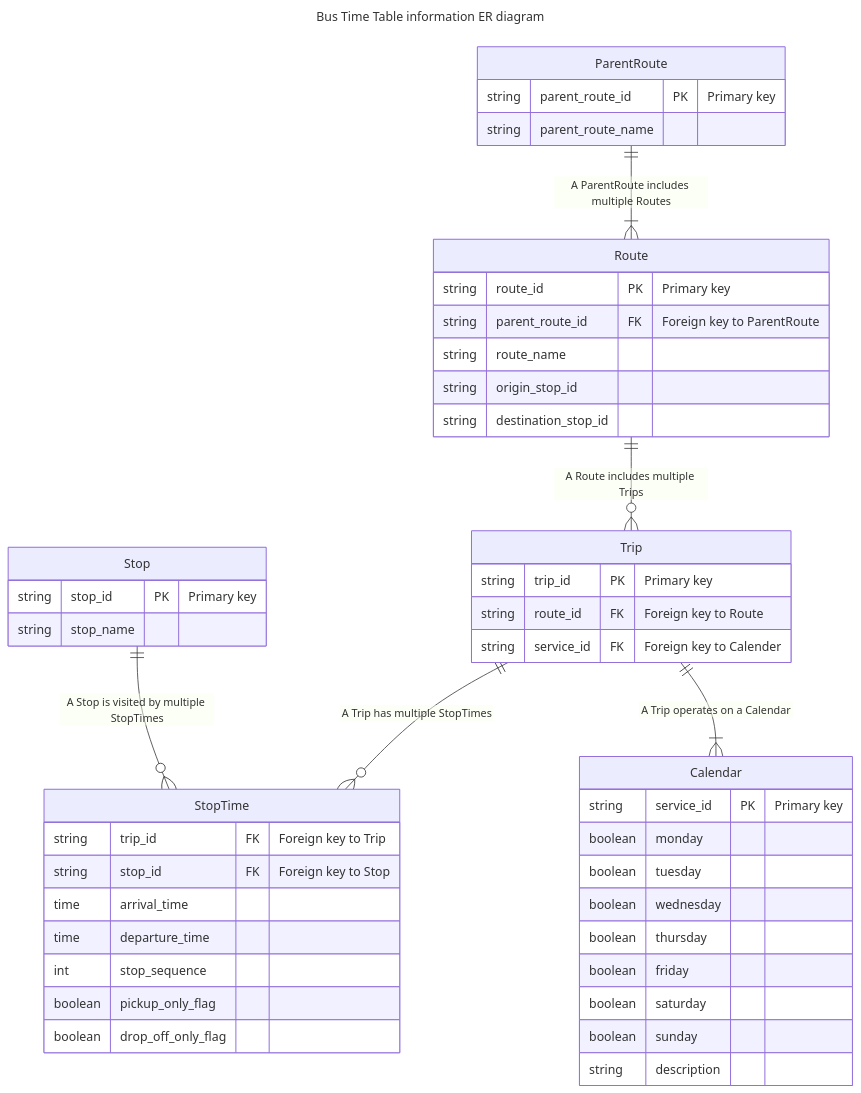
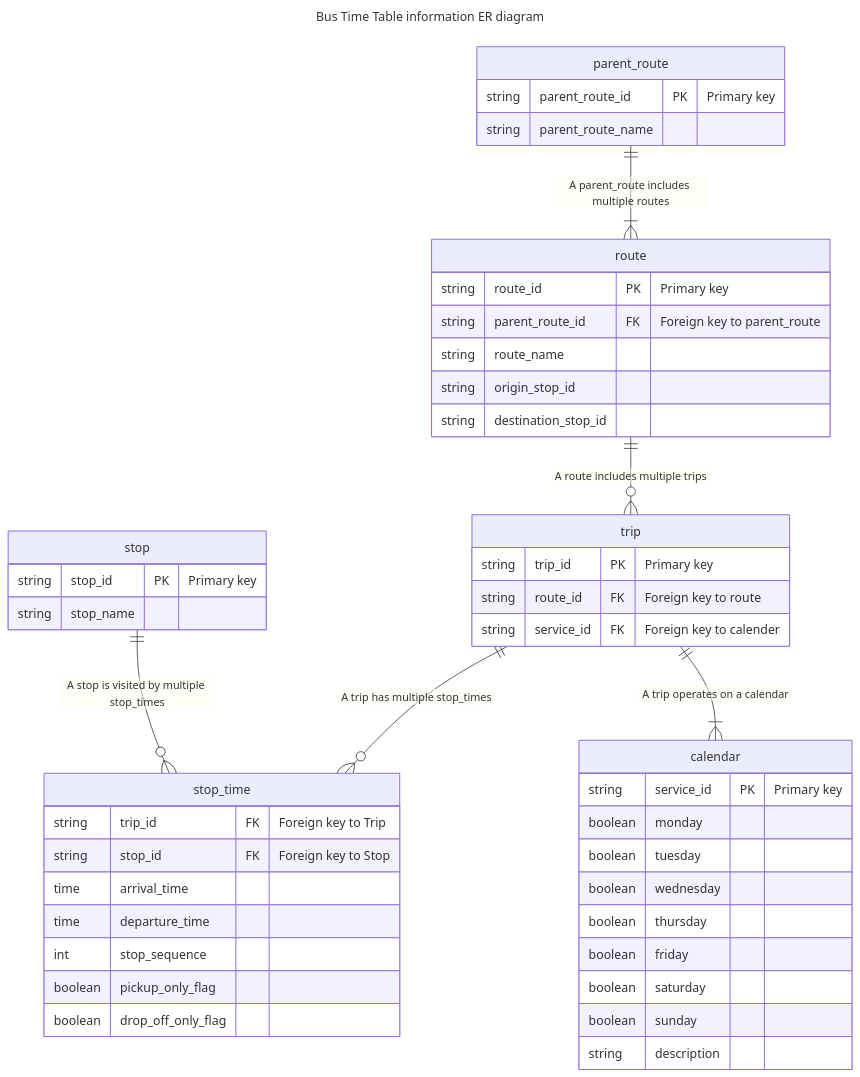
The diagram in database/README.md (tsuna-can/express-bus-timetable-app), drawn with Mermaid before and after one commit. The commit also changed 5 other files, not shown here.

````diff
--- a/database/README.md
+++ b/database/README.md
@@ -5,58 +5,58 @@
 ```mermaid
 ---
 title: Bus Time Table information ER diagram
 ---
 erDiagram
-    ParentRoute {
+    parent_route {
         string parent_route_id PK "Primary key"
         string parent_route_name
     }
 
-    Route {
+    route {
         string route_id PK "Primary key"
-        string parent_route_id FK "Foreign key to ParentRoute"
+        string parent_route_id FK "Foreign key to parent_route"
         string route_name
         string origin_stop_id
         string destination_stop_id
     }
 
-    Stop {
+    stop {
         string stop_id PK "Primary key"
         string stop_name
     }
 
-    Trip {
+    trip {
         string trip_id PK "Primary key"
-        string route_id FK "Foreign key to Route"
-        string service_id FK "Foreign key to Calender"
+        string route_id FK "Foreign key to route"
+        string service_id FK "Foreign key to calender"
     }
 
-    StopTime {
+    stop_time {
         string trip_id FK "Foreign key to Trip"
         string stop_id FK "Foreign key to Stop"
         time arrival_time
         time departure_time
         int stop_sequence
         boolean pickup_only_flag
         boolean drop_off_only_flag
     }
 
-    Calendar {
+    calendar {
         string service_id PK "Primary key"
         boolean monday
         boolean tuesday
         boolean wednesday
         boolean thursday
         boolean friday
         boolean saturday
         boolean sunday
         string description
     }
 
-    ParentRoute ||--|{ Route: "A ParentRoute includes multiple Routes"
-    Route ||--o{ Trip: "A Route includes multiple Trips"
-    Trip ||--o{ StopTime: "A Trip has multiple StopTimes"
-    Stop ||--o{ StopTime: "A Stop is visited by multiple StopTimes"
-    Trip ||--|{ Calendar: "A Trip operates on a Calendar"
+    parent_route ||--|{ route: "A parent_route includes multiple routes"
+    route ||--o{ trip: "A route includes multiple trips"
+    trip ||--o{ stop_time: "A trip has multiple stop_times"
+    stop ||--o{ stop_time: "A stop is visited by multiple stop_times"
+    trip ||--|{ calendar: "A trip operates on a calendar"
 
 ```
````
